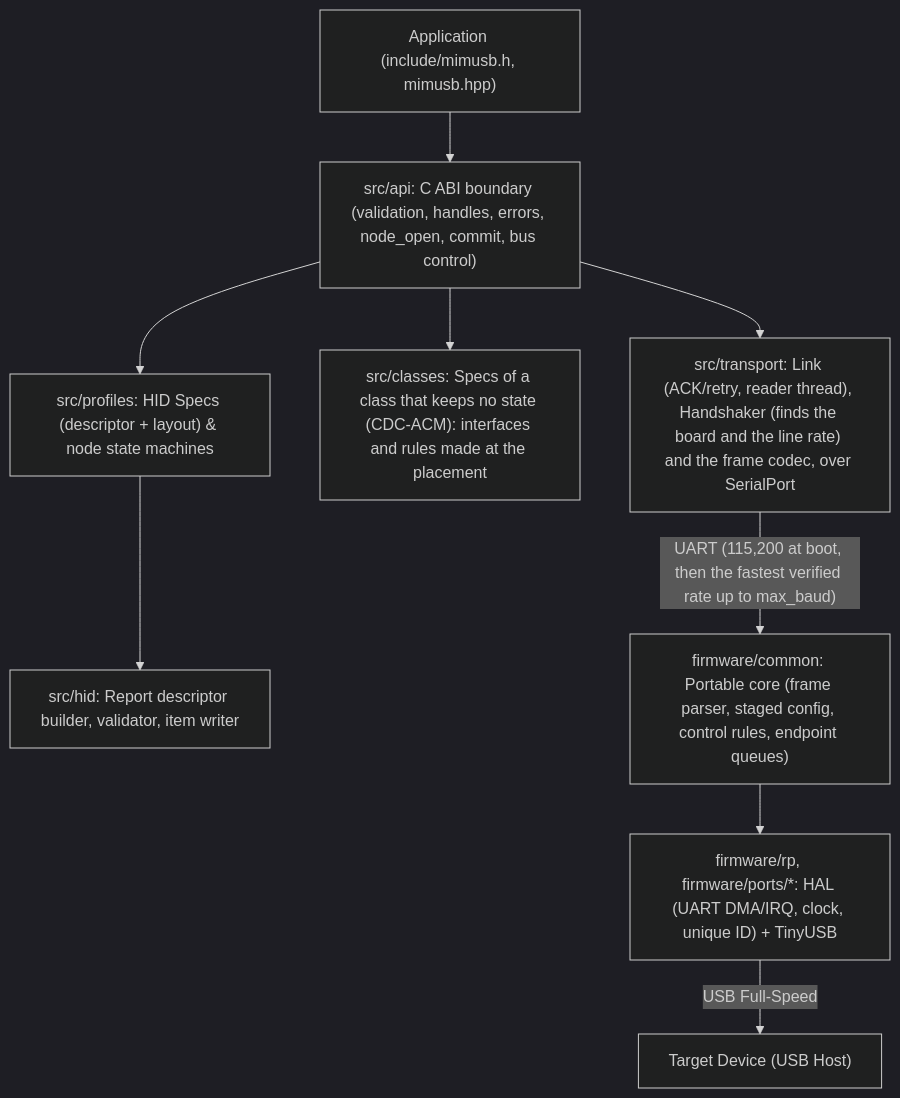
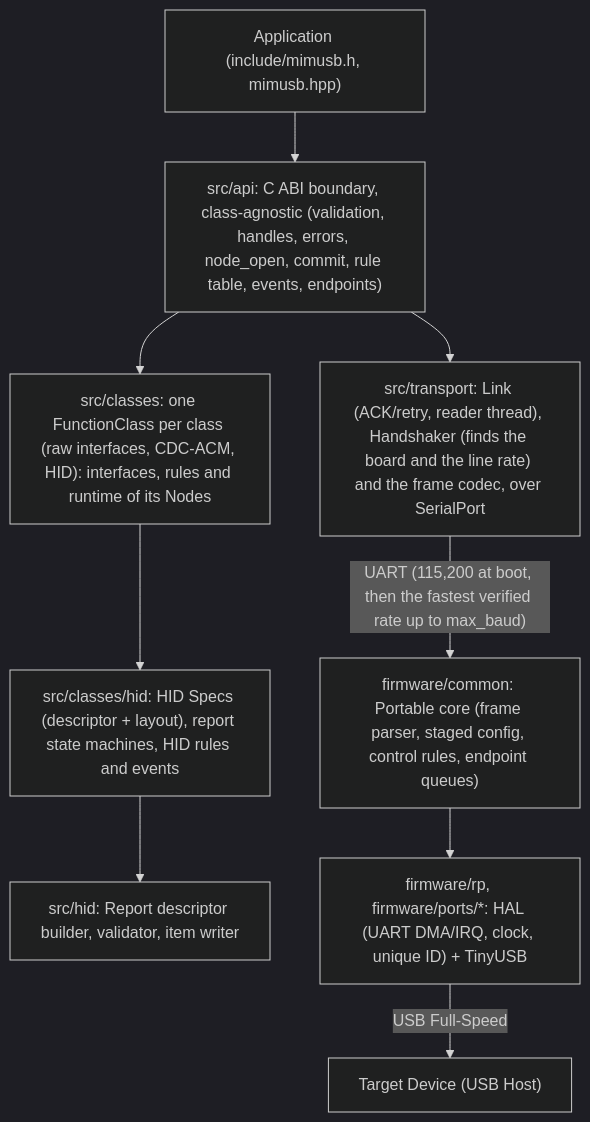
The first of 2 diagrams in docs/ARCHITECTURE.md (nemarpuc/libmimhid), drawn with Mermaid (dark theme) before and after one commit. The commit also changed other lines of this file and 59 other files, not shown here.

First line of the commit message:
Make HID a function class like any other

````diff
--- a/docs/ARCHITECTURE.md
+++ b/docs/ARCHITECTURE.md
@@ -18,21 +18,21 @@
 ```mermaid
 flowchart TD
     App["Application (include/mimusb.h, mimusb.hpp)"]
-    API["src/api: C ABI boundary (validation, handles, errors, node_open, commit, bus control)"]
-    Prof["src/profiles: HID Specs (descriptor + layout) & node state machines"]
-    Cls["src/classes: Specs of a class that keeps no state (CDC-ACM): interfaces and rules made at the placement"]
+    API["src/api: C ABI boundary, class-agnostic (validation, handles, errors, node_open, commit, rule table, events, endpoints)"]
+    Cls["src/classes: one FunctionClass per class (raw interfaces, CDC-ACM, HID): interfaces, rules and runtime of its Nodes"]
+    HidCls["src/classes/hid: HID Specs (descriptor + layout), report state machines, HID rules and events"]
     HID["src/hid: Report descriptor builder, validator, item writer"]
     Trans["src/transport: Link (ACK/retry, reader thread), Handshaker (finds the board and the line rate) and the frame codec, over SerialPort"]
     FWCore["firmware/common: Portable core (frame parser, staged config, control rules, endpoint queues)"]
     HAL["firmware/rp, firmware/ports/*: HAL (UART DMA/IRQ, clock, unique ID) + TinyUSB"]
     Target["Target Device (USB Host)"]
 
     App --> API
-    API --> Prof
     API --> Cls
-    Prof --> HID
+    Cls --> HidCls
+    HidCls --> HID
     API --> Trans
     Trans -->|"UART (115,200 at boot, then the fastest verified rate up to max_baud)"| FWCore
     FWCore --> HAL
     HAL -->|"USB Full-Speed"| Target
 ```
````
